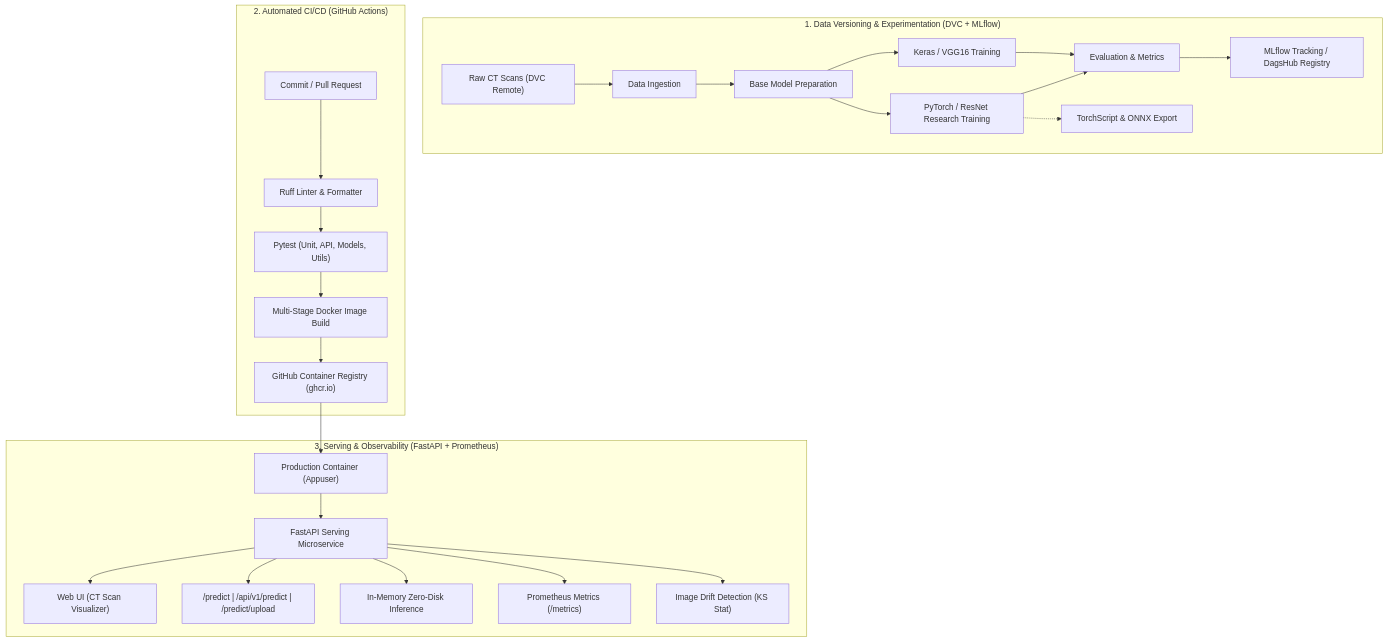
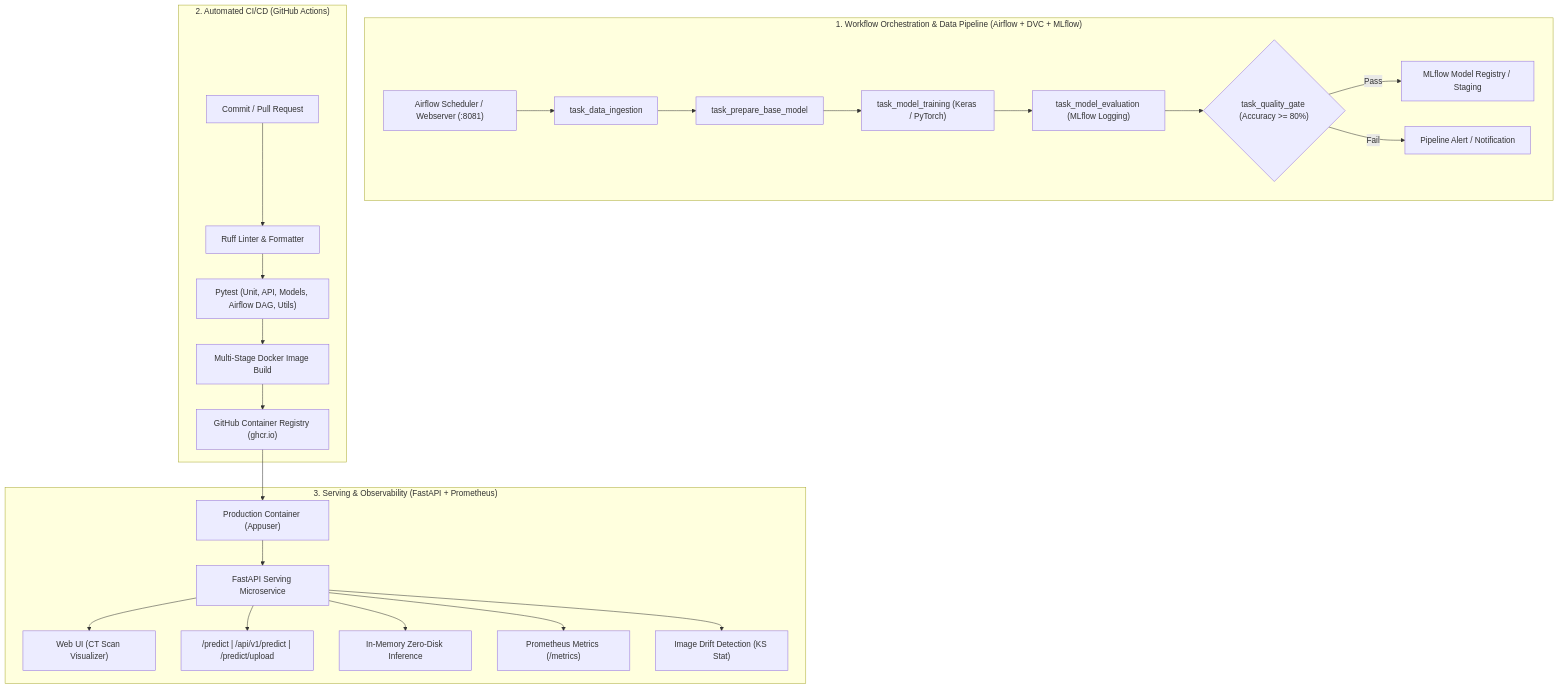
Before and after one commit to AbQaadir/NephroScan-MLOps: the diagram in README.md, drawn with Mermaid. The commit also changed other lines of this file and 4 other files, not shown here.

Commit message:
feat(orchestration): integrate Apache Airflow training pipeline DAG and docker-compose services

````diff
--- a/README.md
+++ b/README.md
@@ -19,30 +20,29 @@
 ```mermaid
 flowchart TD
-    subgraph Data_Pipeline ["1. Data Versioning & Experimentation (DVC + MLflow)"]
-        RawData["Raw CT Scans (DVC Remote)"] --> Ingest["Data Ingestion"]
-        Ingest --> Prep["Base Model Preparation"]
-        Prep --> TrainTF["Keras / VGG16 Training"]
-        Prep --> TrainTorch["PyTorch / ResNet Research Training"]
-        TrainTF --> Eval["Evaluation & Metrics"]
-        TrainTorch --> Eval
-        Eval --> MLflowStore["MLflow Tracking / DagsHub Registry"]
-        TrainTorch -.-> ONNXExport["TorchScript & ONNX Export"]
+    subgraph Orchestration ["1. Workflow Orchestration & Data Pipeline (Airflow + DVC + MLflow)"]
+        Airflow["Airflow Scheduler / Webserver (:8081)"] --> Task1["task_data_ingestion"]
+        Task1 --> Task2["task_prepare_base_model"]
+        Task2 --> Task3["task_model_training (Keras / PyTorch)"]
+        Task3 --> Task4["task_model_evaluation (MLflow Logging)"]
+        Task4 --> Task5{"task_quality_gate (Accuracy >= 80%)"}
+        Task5 -- Pass --> MLflowReg["MLflow Model Registry / Staging"]
+        Task5 -- Fail --> Alert["Pipeline Alert / Notification"]
     end
 
     subgraph CICD ["2. Automated CI/CD (GitHub Actions)"]
         CodePush["Commit / Pull Request"] --> Linter["Ruff Linter & Formatter"]
-        Linter --> Tests["Pytest (Unit, API, Models, Utils)"]
+        Linter --> Tests["Pytest (Unit, API, Models, Airflow DAG, Utils)"]
         Tests --> DockerBuild["Multi-Stage Docker Image Build"]
         DockerBuild --> GHCR["GitHub Container Registry (ghcr.io)"]
     end
 
     subgraph Production_Serving ["3. Serving & Observability (FastAPI + Prometheus)"]
         GHCR --> Container["Production Container (Appuser)"]
         Container --> API["FastAPI Serving Microservice"]
         API --> UI["Web UI (CT Scan Visualizer)"]
         API --> Endpoints["/predict | /api/v1/predict | /predict/upload"]
         API --> MemoryInfer["In-Memory Zero-Disk Inference"]
         API --> Prom["Prometheus Metrics (/metrics)"]
         API --> Drift["Image Drift Detection (KS Stat)"]
     end
 ```
````
